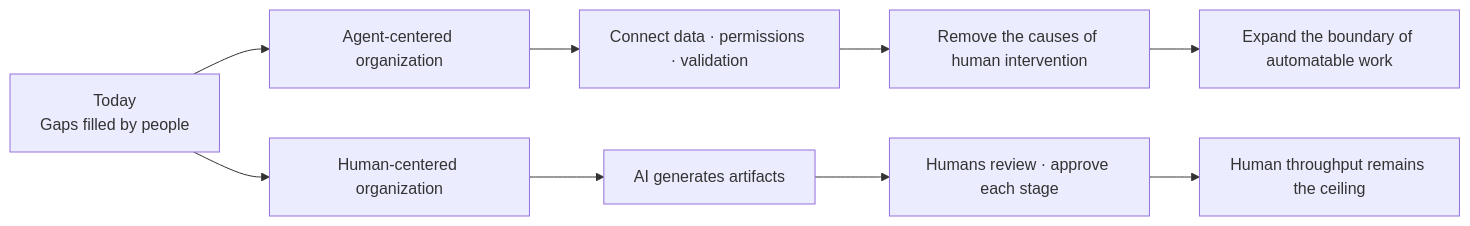
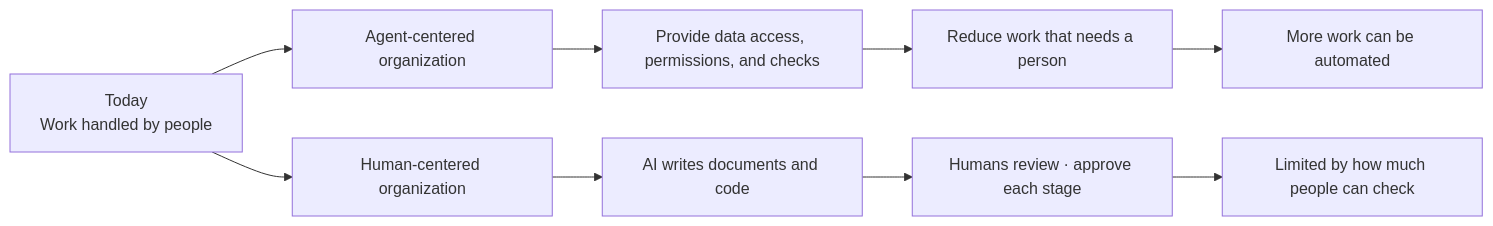
One commit to haandol/haandol.github.com changed the second of 4 diagrams in _en/2026-09-06-my-thoughts-on-aws-ai-dlc.md. Above: the diagram before and after it, drawn with Mermaid. The commit also changed other lines of this file and 2 other files, not shown here.

````diff
--- a/_en/2026-09-06-my-thoughts-on-aws-ai-dlc.md
+++ b/_en/2026-09-06-my-thoughts-on-aws-ai-dlc.md
@@ -104,13 +106,13 @@
 ```mermaid
 flowchart LR
-    S["Today<br/>Gaps filled by people"] --> A1["Agent-centered organization"]
+    S["Today<br/>Work handled by people"] --> A1["Agent-centered organization"]
     S --> H1["Human-centered organization"]
 
-    A1 --> A2["Connect data · permissions · validation"]
-    A2 --> A3["Remove the causes of human intervention"]
-    A3 --> A4["Expand the boundary of automatable work"]
+    A1 --> A2["Provide data access, permissions, and checks"]
+    A2 --> A3["Reduce work that needs a person"]
+    A3 --> A4["More work can be automated"]
 
-    H1 --> H2["AI generates artifacts"]
+    H1 --> H2["AI writes documents and code"]
     H2 --> H3["Humans review · approve each stage"]
-    H3 --> H4["Human throughput remains the ceiling"]
+    H3 --> H4["Limited by how much people can check"]
 ```
````
